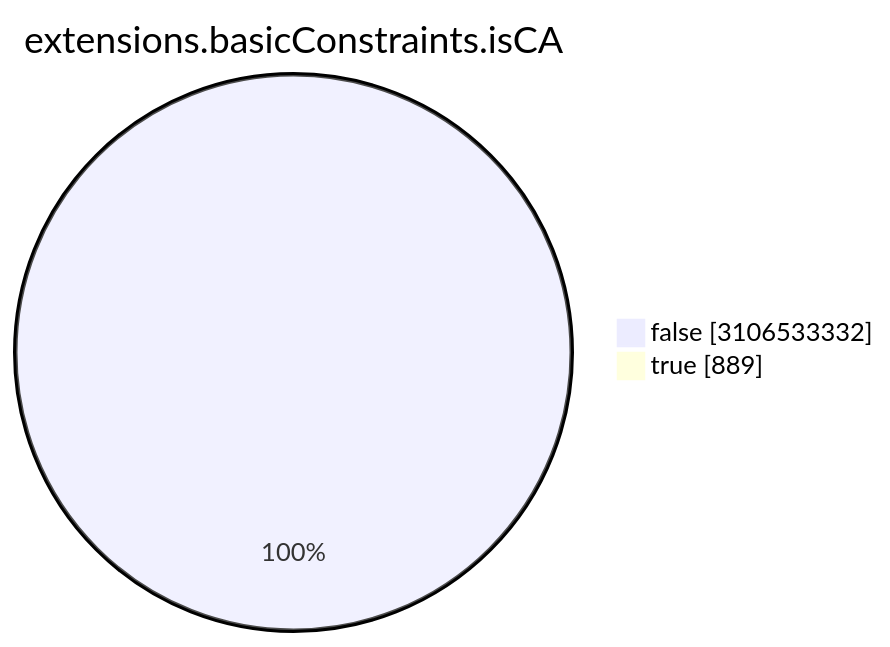
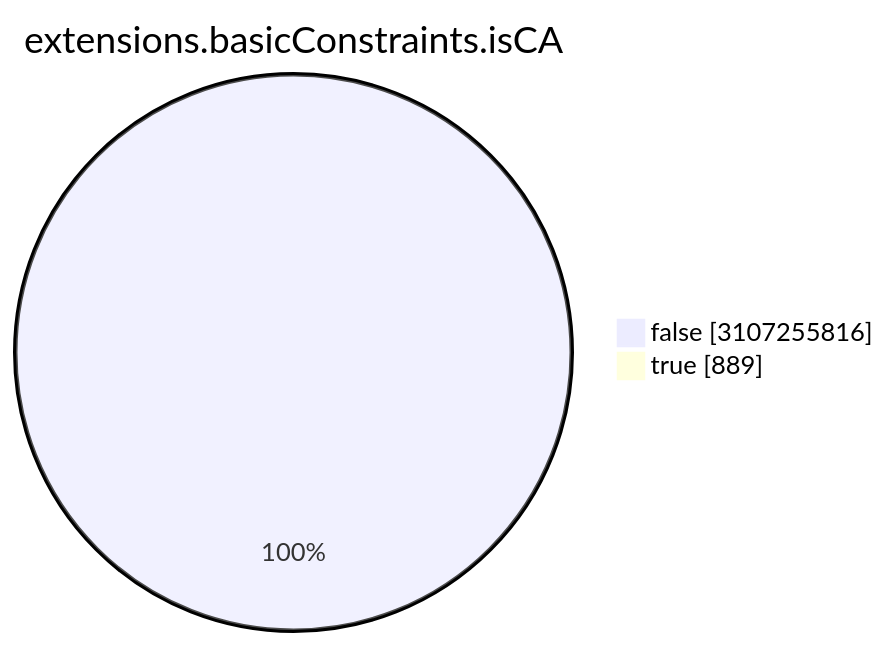
The seventh of 15 diagrams in TOTAL/README.md (christiankrug/ctmonitor_visualization), drawn with Mermaid before and after one commit. The commit also changed other lines of this file, not shown here.

````diff
--- a/TOTAL/README.md
+++ b/TOTAL/README.md
@@ -3086,6 +3086,6 @@
 ```mermaid
 pie showData
 title extensions.basicConstraints.isCA
-"false" :3106533332
+"false" :3107255816
 "true" :889
 ```
````
